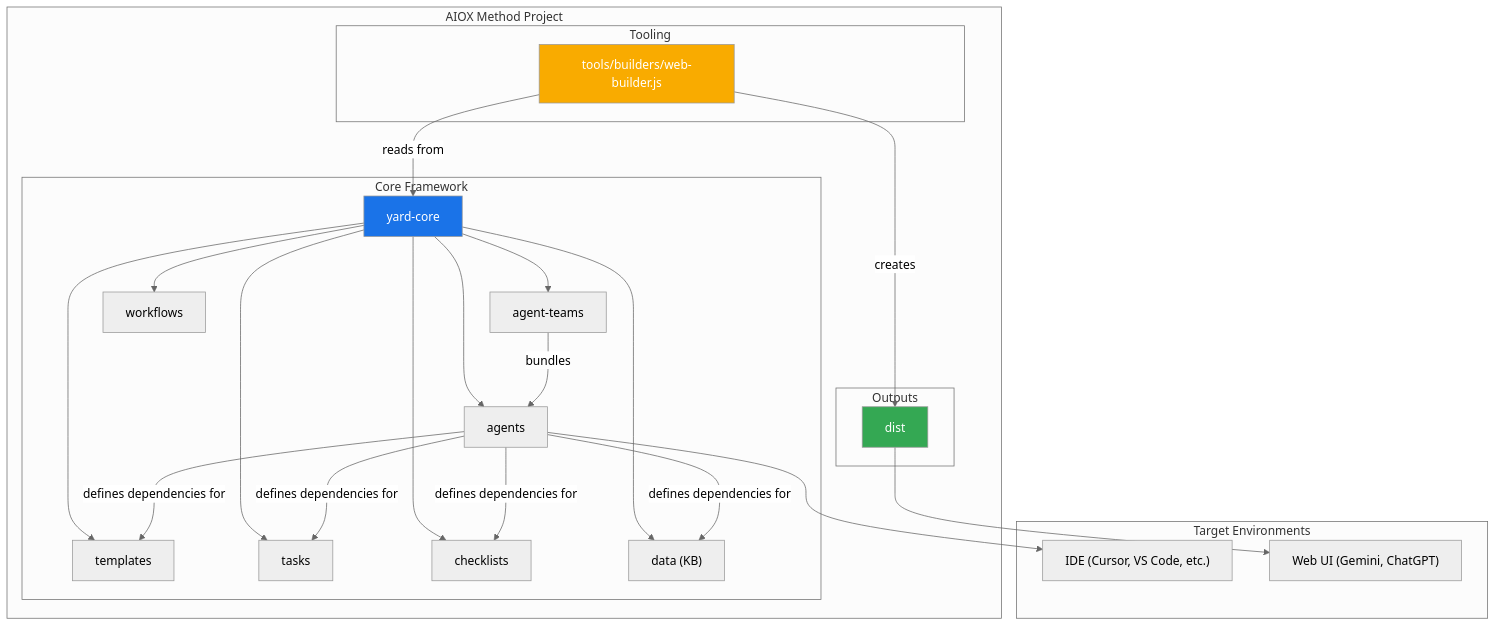
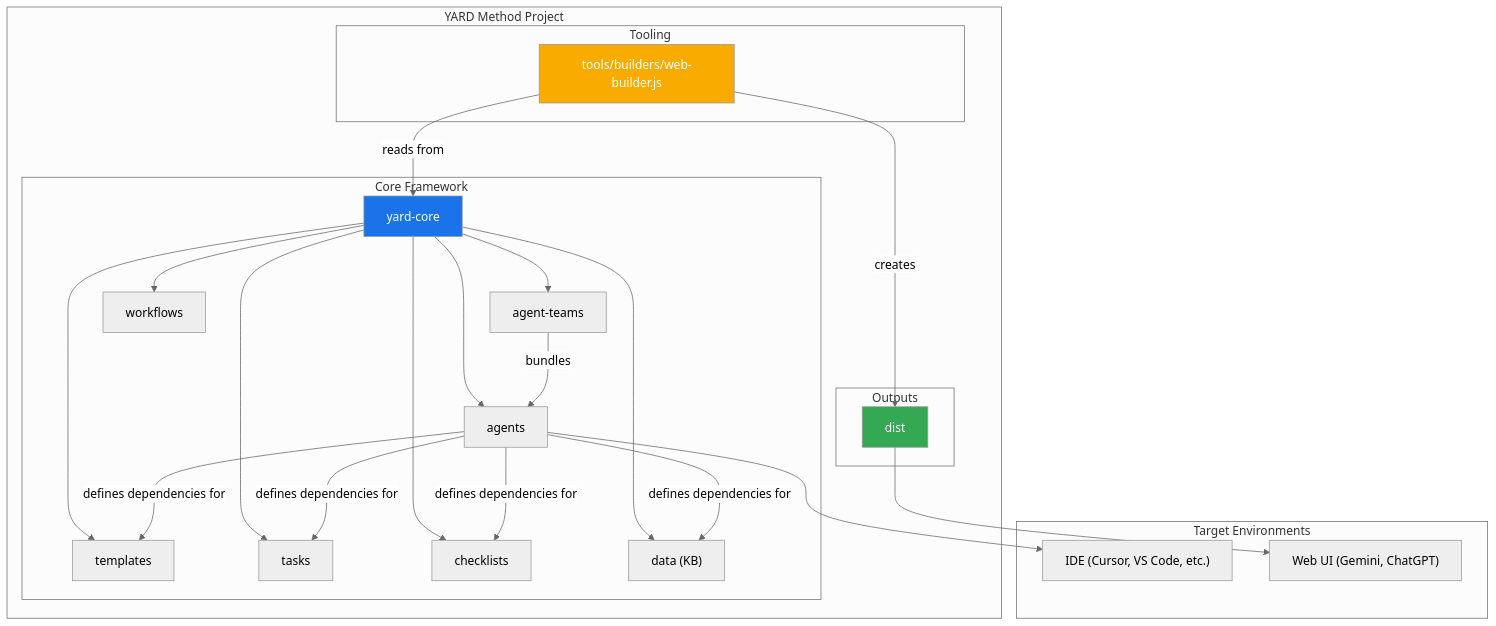
Before and after one commit to ernesto-langa/yard-core: the first of 3 diagrams in docs/core-architecture.md, drawn with Mermaid (neutral theme). The commit also changed other lines of this file and 529 other files, not shown here.

````diff
--- a/docs/core-architecture.md
+++ b/docs/core-architecture.md
@@ -21,44 +21,44 @@
 ```mermaid
 graph TD
-    subgraph AIOX Method Project
+    subgraph YARD Method Project
         subgraph Core Framework
             A["yard-core"]
             A --> B["agents"]
             A --> C["agent-teams"]
             A --> D["workflows"]
             A --> E["templates"]
             A --> F["tasks"]
             A --> G["checklists"]
             A --> H["data (KB)"]
         end
 
         subgraph Tooling
             I["tools/builders/web-builder.js"]
         end
 
         subgraph Outputs
             J["dist"]
         end
 
         B -- defines dependencies for --> E
         B -- defines dependencies for --> F
         B -- defines dependencies for --> G
         B -- defines dependencies for --> H
 
         C -- bundles --> B
         I -- reads from --> A
         I -- creates --> J
     end
 
     subgraph Target Environments
         K["IDE (Cursor, VS Code, etc.)"]
         L["Web UI (Gemini, ChatGPT)"]
     end
 
     B --> K
     J --> L
 
     style A fill:#1a73e8,color:#fff
     style I fill:#f9ab00,color:#fff
     style J fill:#34a853,color:#fff
 ```
````
